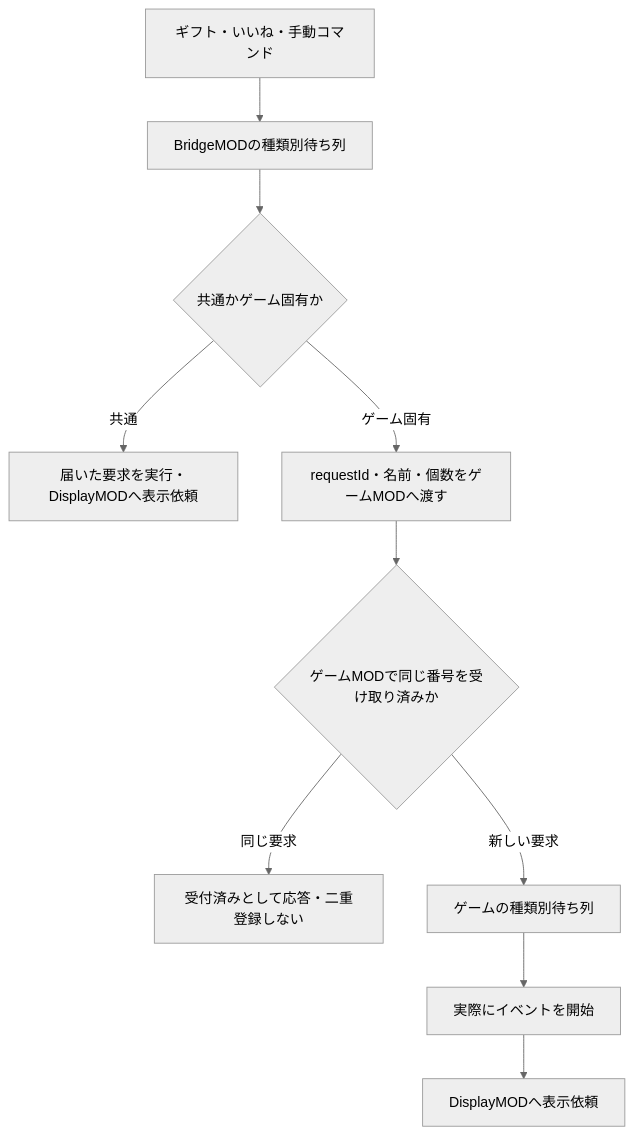
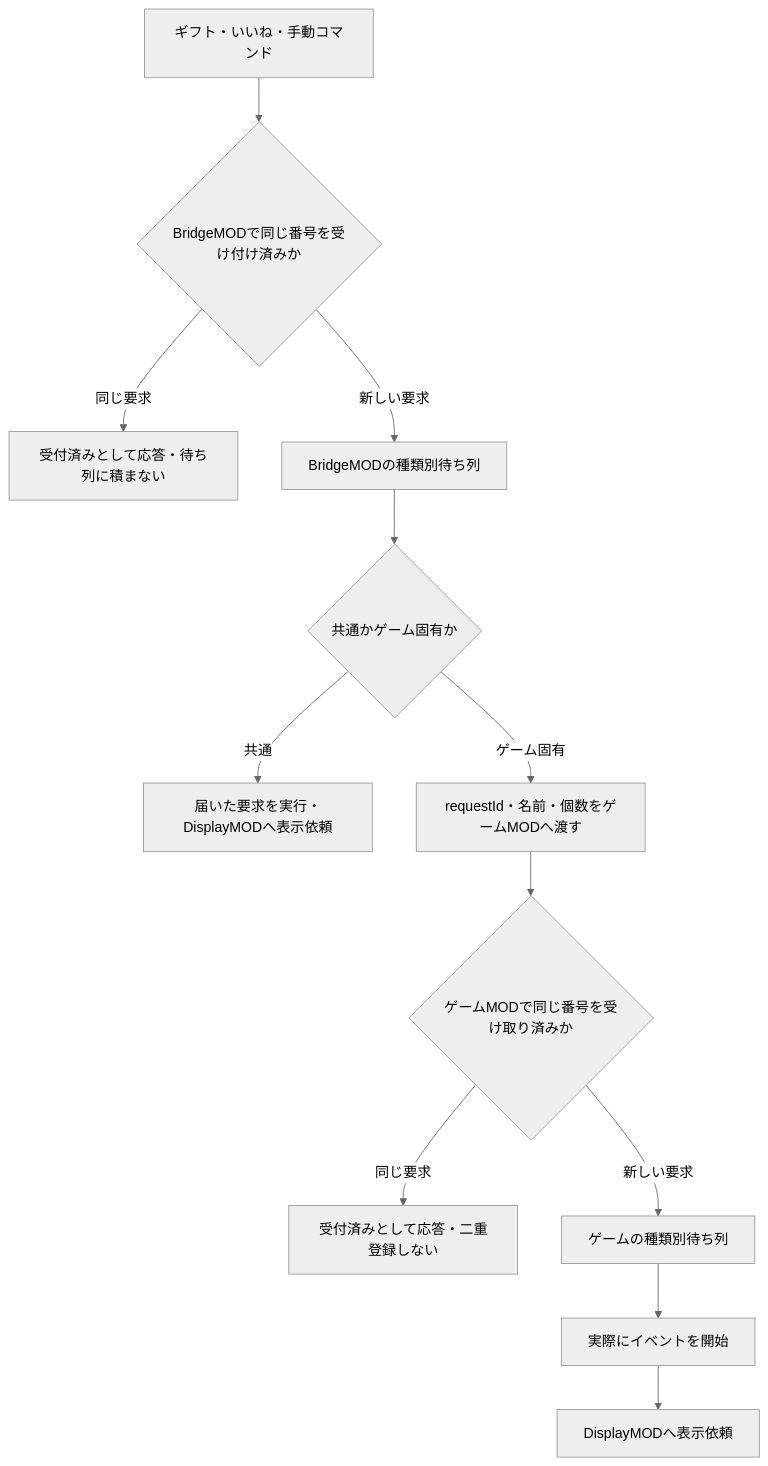
The diagram in docs/採掘MODと統一コマンド.md (testakahori/My-game-pack), drawn with Mermaid (neutral theme) before and after one commit. The commit also changed other lines of this file and 1 other file, not shown here.

Commit message:
test(saikutu): 同じ番号の送り直しは BridgeMOD が受付で止める前提に直す・採掘MODの説明の表と流れ図も合わせる（PR #195 レビュー）

````diff
--- a/docs/採掘MODと統一コマンド.md
+++ b/docs/採掘MODと統一コマンド.md
@@ -54,12 +54,14 @@
 ```mermaid
 flowchart TD
-  A[ギフト・いいね・手動コマンド] --> B[BridgeMODの種類別待ち列]
+  A[ギフト・いいね・手動コマンド] --> R{BridgeMODで同じ番号を受け付け済みか}
+  R -->|同じ要求| S[受付済みとして応答・待ち列に積まない]
+  R -->|新しい要求| B[BridgeMODの種類別待ち列]
   B --> C{共通かゲーム固有か}
   C -->|共通| D[届いた要求を実行・DisplayMODへ表示依頼]
   C -->|ゲーム固有| E[requestId・名前・個数をゲームMODへ渡す]
   E --> F{ゲームMODで同じ番号を受け取り済みか}
   F -->|同じ要求| G[受付済みとして応答・二重登録しない]
   F -->|新しい要求| H[ゲームの種類別待ち列]
   H --> I[実際にイベントを開始]
   I --> J[DisplayMODへ表示依頼]
 ```
````
